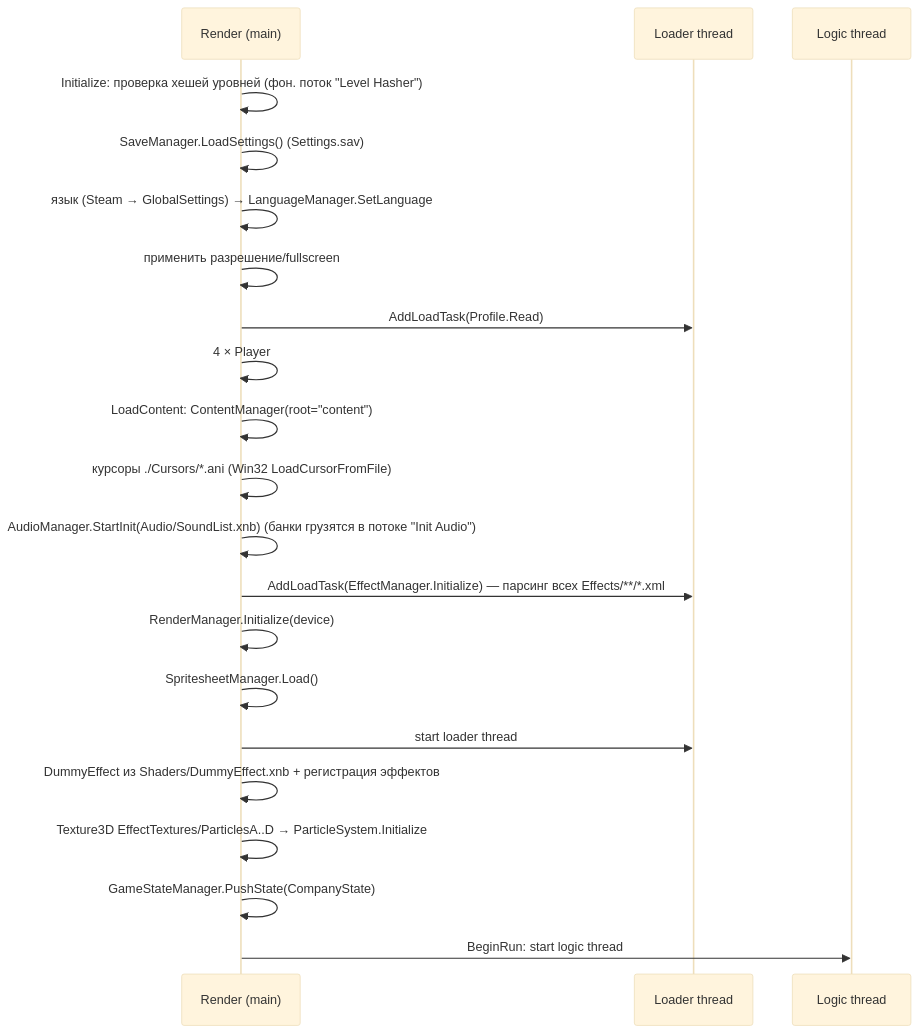
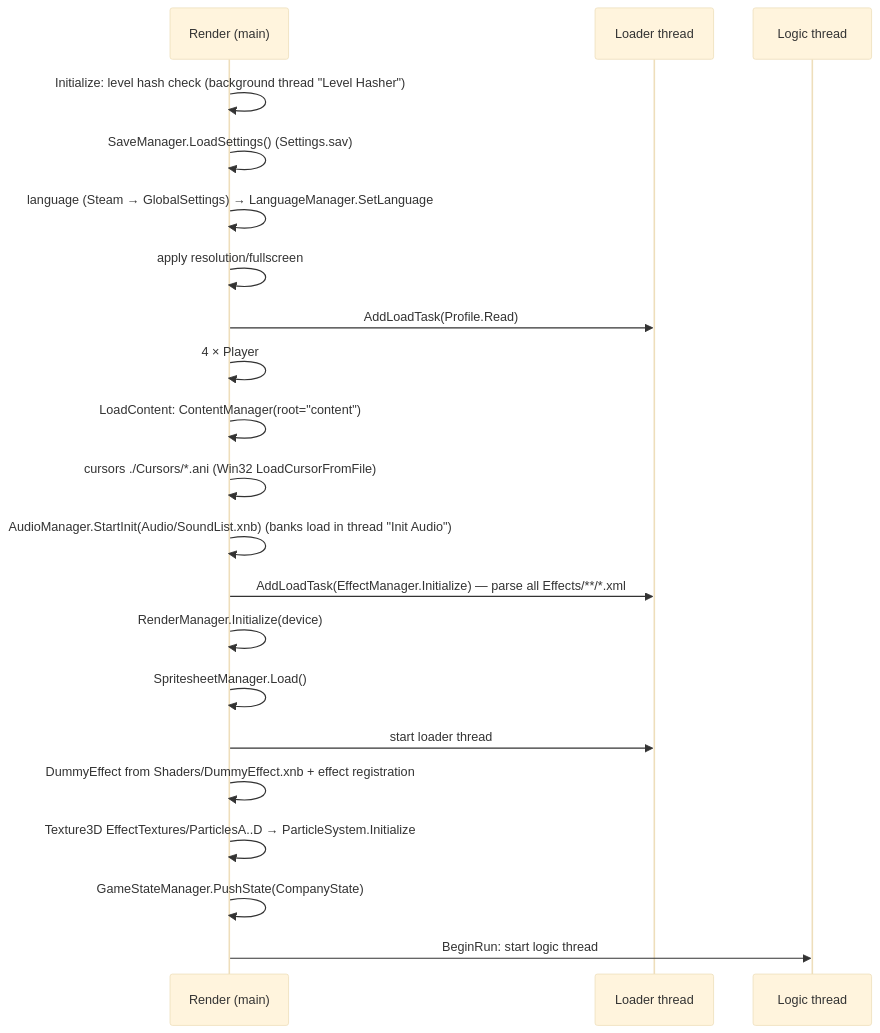
One commit to vogster/OpenMagicka changed the first of 3 diagrams in docs/engine/ARCHITECTURE.md. Above: the diagram before and after it, drawn with Mermaid (base theme). The commit also changed other lines of this file and 9 other files, not shown here.

````diff
--- a/docs/engine/ARCHITECTURE.md
+++ b/docs/engine/ARCHITECTURE.md
@@ -89,23 +89,23 @@
 ```mermaid
 sequenceDiagram
     participant R as Render (main)
     participant L as Loader thread
     participant G as Logic thread
-    R->>R: Initialize: проверка хешей уровней (фон. поток "Level Hasher")
+    R->>R: Initialize: level hash check (background thread "Level Hasher")
     R->>R: SaveManager.LoadSettings() (Settings.sav)
-    R->>R: язык (Steam → GlobalSettings) → LanguageManager.SetLanguage
-    R->>R: применить разрешение/fullscreen
+    R->>R: language (Steam → GlobalSettings) → LanguageManager.SetLanguage
+    R->>R: apply resolution/fullscreen
     R->>L: AddLoadTask(Profile.Read)
     R->>R: 4 × Player
     R->>R: LoadContent: ContentManager(root="content")
-    R->>R: курсоры ./Cursors/*.ani (Win32 LoadCursorFromFile)
-    R->>R: AudioManager.StartInit(Audio/SoundList.xnb) (банки грузятся в потоке "Init Audio")
-    R->>L: AddLoadTask(EffectManager.Initialize) — парсинг всех Effects/**/*.xml
+    R->>R: cursors ./Cursors/*.ani (Win32 LoadCursorFromFile)
+    R->>R: AudioManager.StartInit(Audio/SoundList.xnb) (banks load in thread "Init Audio")
+    R->>L: AddLoadTask(EffectManager.Initialize) — parse all Effects/**/*.xml
     R->>R: RenderManager.Initialize(device)
     R->>R: SpritesheetManager.Load()
     R->>L: start loader thread
-    R->>R: DummyEffect из Shaders/DummyEffect.xnb + регистрация эффектов
+    R->>R: DummyEffect from Shaders/DummyEffect.xnb + effect registration
     R->>R: Texture3D EffectTextures/ParticlesA..D → ParticleSystem.Initialize
     R->>R: GameStateManager.PushState(CompanyState)
     R->>G: BeginRun: start logic thread
 ```
````
